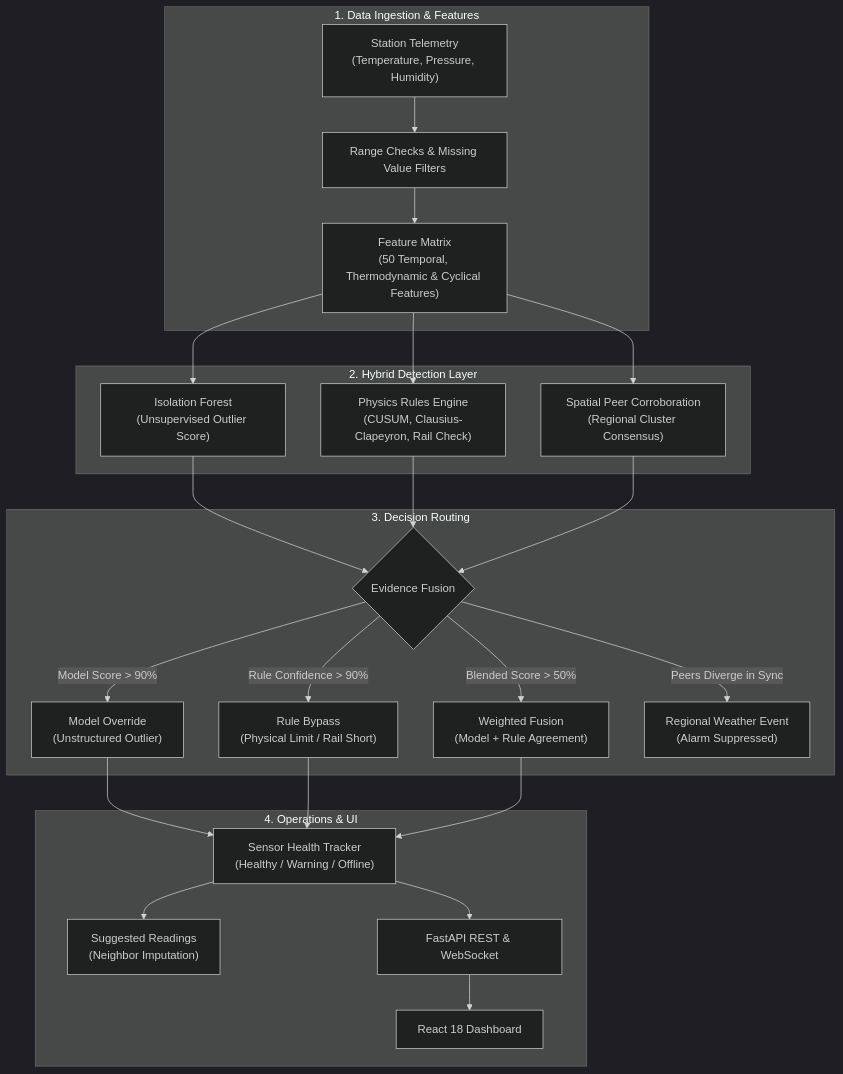
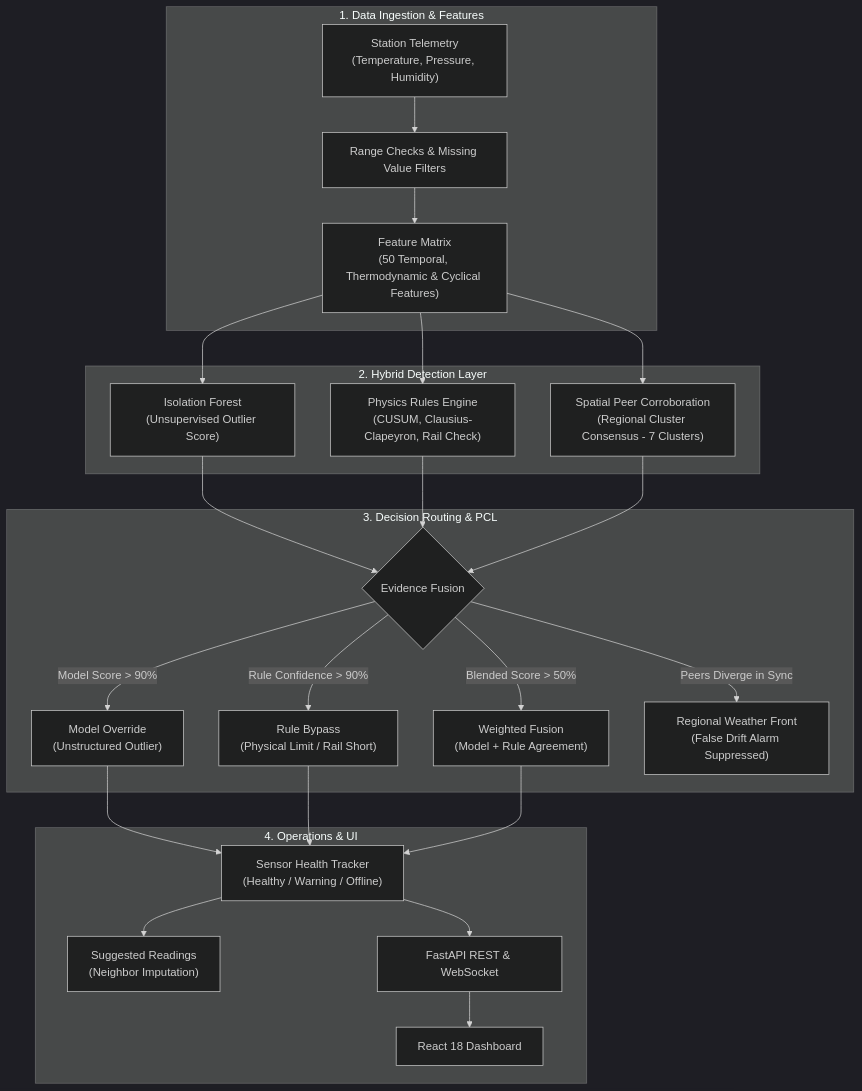
One commit to inf-pranjal-01/hello-sky- changed the first of 2 diagrams in README.md. Above: the diagram before and after it, drawn with Mermaid (dark theme). The commit also changed other lines of this file and 1 other file, not shown here.

Commit message:
docs: update README with canonical evaluation, architecture diagrams, and benchmark regimes

````diff
--- a/README.md
+++ b/README.md
@@ -77,32 +78,32 @@
 ```mermaid
 flowchart TD
     subgraph Ingestion ["1. Data Ingestion & Features"]
         RAW["Station Telemetry<br/>(Temperature, Pressure, Humidity)"] --> QC["Range Checks & Missing Value Filters"]
         QC --> FEAT["Feature Matrix<br/>(50 Temporal, Thermodynamic & Cyclical Features)"]
     end
 
     subgraph Detection ["2. Hybrid Detection Layer"]
         FEAT --> IF["Isolation Forest<br/>(Unsupervised Outlier Score)"]
         FEAT --> RULES["Physics Rules Engine<br/>(CUSUM, Clausius-Clapeyron, Rail Check)"]
-        FEAT --> SPATIAL["Spatial Peer Corroboration<br/>(Regional Cluster Consensus)"]
+        FEAT --> SPATIAL["Spatial Peer Corroboration<br/>(Regional Cluster Consensus - 7 Clusters)"]
     end
 
-    subgraph Fusion ["3. Decision Routing"]
+    subgraph Fusion ["3. Decision Routing & PCL"]
         IF --> FUSE{"Evidence Fusion"}
         RULES --> FUSE
         SPATIAL --> FUSE
         FUSE -->|Model Score > 90%| MO["Model Override<br/>(Unstructured Outlier)"]
         FUSE -->|Rule Confidence > 90%| RB["Rule Bypass<br/>(Physical Limit / Rail Short)"]
         FUSE -->|Blended Score > 50%| WF["Weighted Fusion<br/>(Model + Rule Agreement)"]
-        FUSE -->|Peers Diverge in Sync| REG["Regional Weather Event<br/>(Alarm Suppressed)"]
+        FUSE -->|Peers Diverge in Sync| REG["Regional Weather Front<br/>(False Drift Alarm Suppressed)"]
     end
 
     subgraph Output ["4. Operations & UI"]
         MO --> HEALTH["Sensor Health Tracker<br/>(Healthy / Warning / Offline)"]
         RB --> HEALTH
         WF --> HEALTH
         HEALTH --> IMP["Suggested Readings<br/>(Neighbor Imputation)"]
         HEALTH --> API["FastAPI REST & WebSocket"]
         API --> UI["React 18 Dashboard"]
     end
 ```
````
